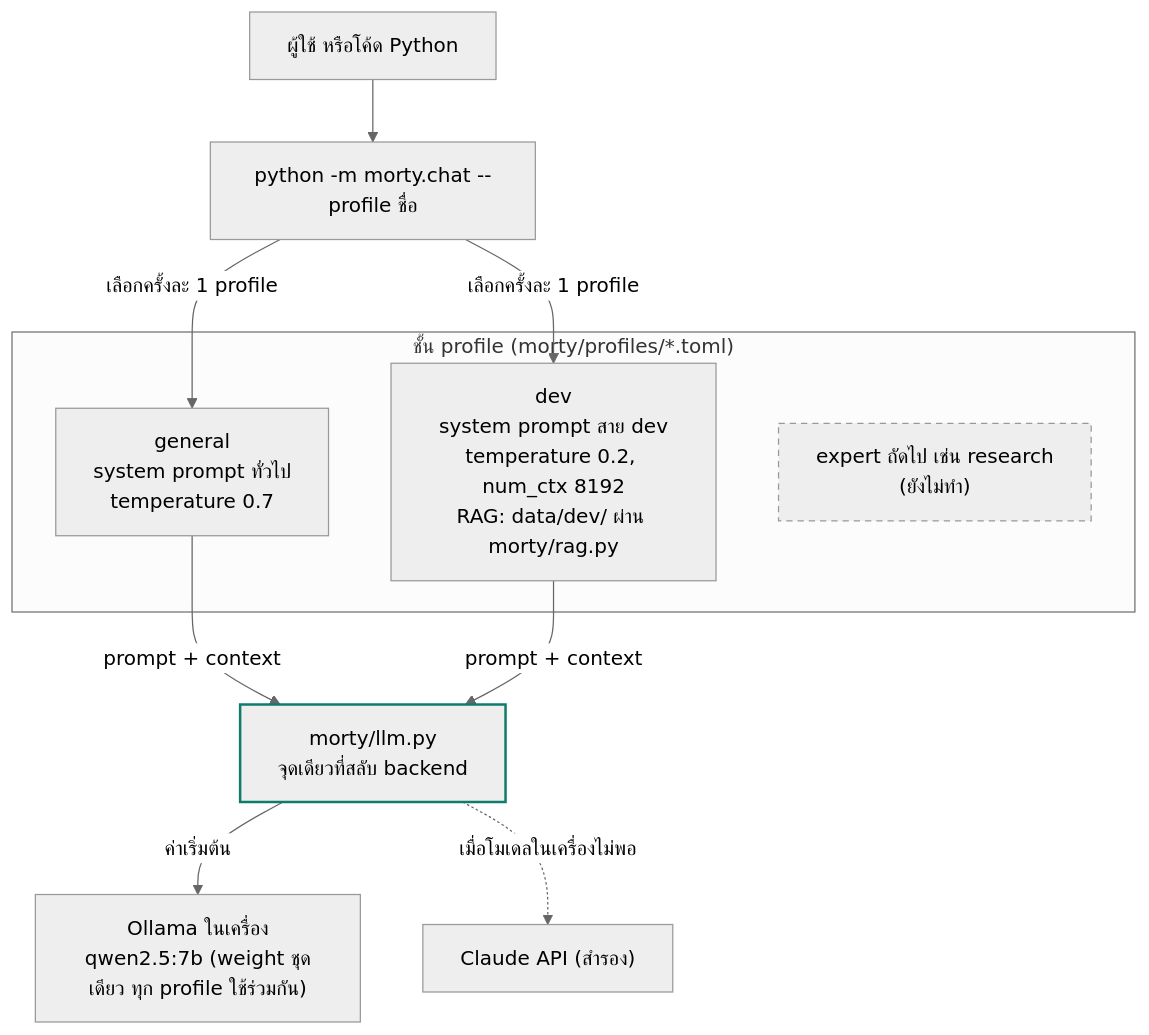
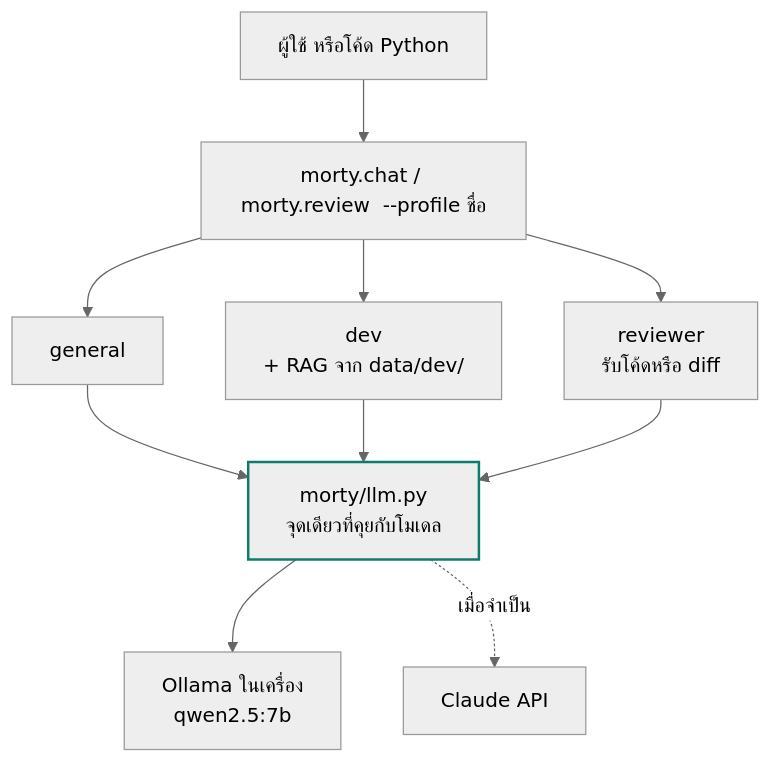
Before and after one commit to b1ll1eee/morty-model: the diagram in README.md, drawn with Mermaid (neutral theme). The commit also changed other lines of this file and 4 other files, not shown here.

First line of the commit message:
Add reviewer profile with morty.review command, reviewer eval, and concise README

````diff
--- a/README.md
+++ b/README.md
@@ -11,21 +57,11 @@
 ```mermaid
 flowchart TB
-    U[ผู้ใช้ หรือโค้ด Python] --> CLI["python -m morty.chat --profile ชื่อ"]
-    CLI -->|เลือกครั้งละ 1 profile| G
-    CLI -->|เลือกครั้งละ 1 profile| D
-
-    subgraph P["ชั้น profile  (morty/profiles/*.toml)"]
-        G["general<br/>system prompt ทั่วไป<br/>temperature 0.7"]
-        D["dev<br/>system prompt สาย dev<br/>temperature 0.2, num_ctx 8192<br/>RAG: data/dev/ ผ่าน morty/rag.py"]
-        R["expert ถัดไป เช่น research<br/>(ยังไม่ทำ)"]
-    end
-
-    G -->|prompt + context| L
-    D -->|prompt + context| L
-    L["morty/llm.py<br/>จุดเดียวที่สลับ backend"]
-    L -->|ค่าเริ่มต้น| O["Ollama ในเครื่อง<br/>qwen2.5:7b (weight ชุดเดียว ทุก profile ใช้ร่วมกัน)"]
-    L -.->|เมื่อโมเดลในเครื่องไม่พอ| C["Claude API (สำรอง)"]
-
-    style R stroke-dasharray: 5 4
+    U[ผู้ใช้ หรือโค้ด Python] --> CLI["morty.chat / morty.review  --profile ชื่อ"]
+    CLI --> G["general"]
+    CLI --> D["dev<br/>+ RAG จาก data/dev/"]
+    CLI --> R["reviewer<br/>รับโค้ดหรือ diff"]
+    G & D & R --> L["morty/llm.py<br/>จุดเดียวที่คุยกับโมเดล"]
+    L --> O["Ollama ในเครื่อง<br/>qwen2.5:7b"]
+    L -.->|เมื่อจำเป็น| C["Claude API"]
     style L stroke:#0e7c6b,stroke-width:2px
 ```
````
